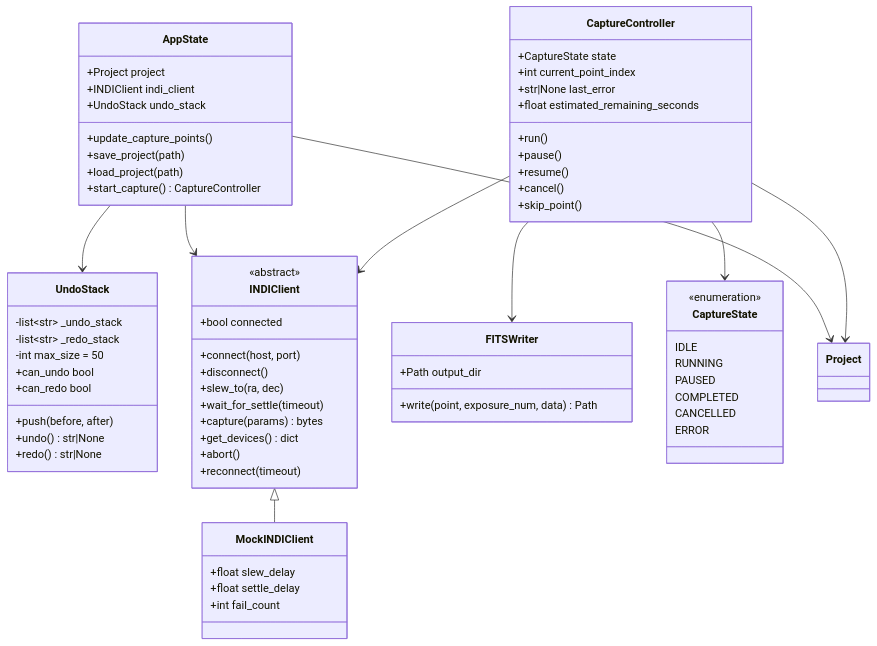
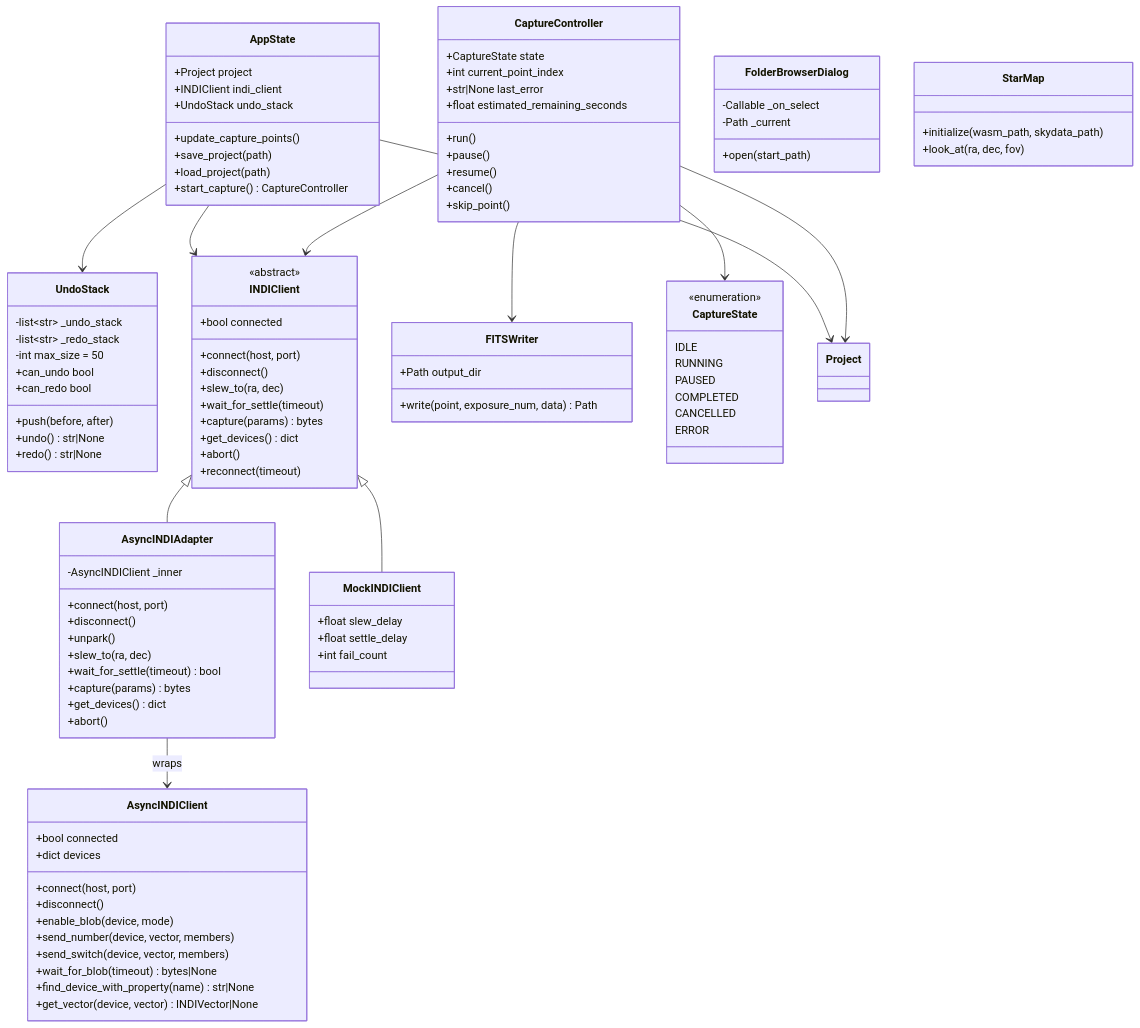
Before and after one commit to zworkb/AstroNightcrawler: the fourth of 11 diagrams in docs/architecture.md, drawn with Mermaid. The commit also changed other lines of this file and 2 other files, not shown here.

Commit message:
docs: update architecture UML, dependencies, README for renderer

```diff
--- a/docs/architecture.md
+++ b/docs/architecture.md
@@ -176,6 +301,31 @@
         +reconnect(timeout)
     }
 
+    class AsyncINDIAdapter {
+        -AsyncINDIClient _inner
+        +connect(host, port)
+        +disconnect()
+        +unpark()
+        +slew_to(ra, dec)
+        +wait_for_settle(timeout) bool
+        +capture(params) bytes
+        +get_devices() dict
+        +abort()
+    }
+
+    class AsyncINDIClient {
+        +bool connected
+        +dict devices
+        +connect(host, port)
+        +disconnect()
+        +enable_blob(device, mode)
+        +send_number(device, vector, members)
+        +send_switch(device, vector, members)
+        +wait_for_blob(timeout) bytes|None
+        +find_device_with_property(name) str|None
+        +get_vector(device, vector) INDIVector|None
+    }
+
     class MockINDIClient {
         +float slew_delay
         +float settle_delay
@@ -209,7 +359,20 @@
         ERROR
     }
 
+    class FolderBrowserDialog {
+        -Callable _on_select
+        -Path _current
+        +open(start_path)
+    }
+
+    class StarMap {
+        +initialize(wasm_path, skydata_path)
+        +look_at(ra, dec, fov)
+    }
+
+    INDIClient <|-- AsyncINDIAdapter
     INDIClient <|-- MockINDIClient
+    AsyncINDIAdapter --> AsyncINDIClient : wraps
     AppState --> INDIClient
     AppState --> UndoStack
     AppState --> Project
```
